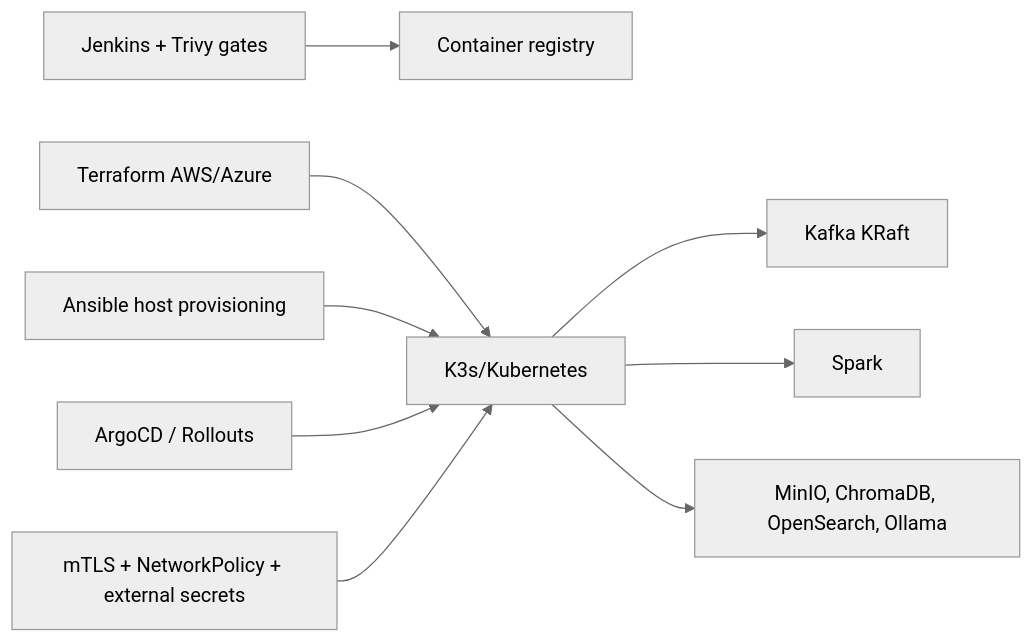
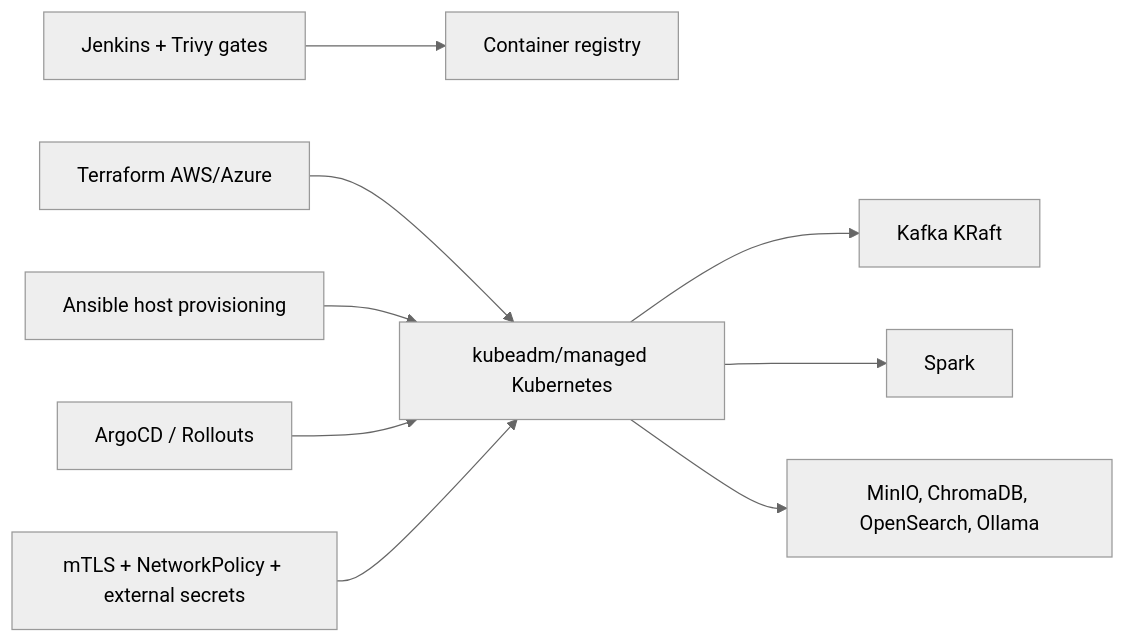
Before and after one commit to amazen33/omni-stream-RAG-mesh: the seventh of 12 diagrams in docs/TOGAF_Architecture_Definition.md, drawn with Mermaid (neutral theme). The commit also changed other lines of this file, not shown here.

Commit message:
Update docs/TOGAF_Architecture_Definition.md - 2026-09-19 18:17

````diff
--- a/docs/TOGAF_Architecture_Definition.md
+++ b/docs/TOGAF_Architecture_Definition.md
@@ -253,11 +255,11 @@
 ```mermaid
 flowchart LR
     CI[Jenkins + Trivy gates] --> Registry[Container registry]
-    Terraform[Terraform AWS/Azure] --> Runtime[K3s/Kubernetes]
+    Terraform[Terraform AWS/Azure] --> Runtime[kubeadm/managed Kubernetes]
     Ansible[Ansible host provisioning] --> Runtime
     Argo[ArgoCD / Rollouts] --> Runtime
     Runtime --> Kafka[Kafka KRaft]
     Runtime --> Spark[Spark]
     Runtime --> Data[MinIO, ChromaDB, OpenSearch, Ollama]
     Trust[mTLS + NetworkPolicy + external secrets] --> Runtime
 ```
````
